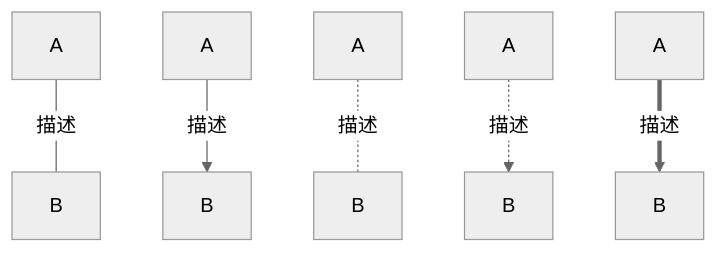
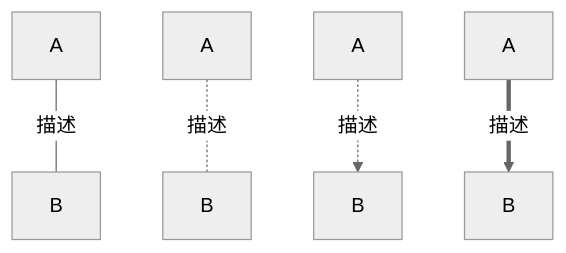
The third of 5 diagrams in Language/Markdown/2021-11-16-基本语法.md (dmjcb/SelfBlog), drawn with Mermaid (neutral theme) before and after one commit. The commit also changed other lines of this file and 224 other files, not shown here.

````diff
--- a/Language/Markdown/2021-11-16-基本语法.md
+++ b/Language/Markdown/2021-11-16-基本语法.md
@@ -122,8 +120,7 @@
 ```mermaid
 graph TB
     A[A] -- 描述 --- B[B] 
-    A2[A] -- 描述 --> B2[B] 
     A5[A] -.描述.- B5[B] 
     A3[A] -. 描述 .-> B3[B] 
     A4[A] == 描述 ==> B4[B] 
 ```
````
